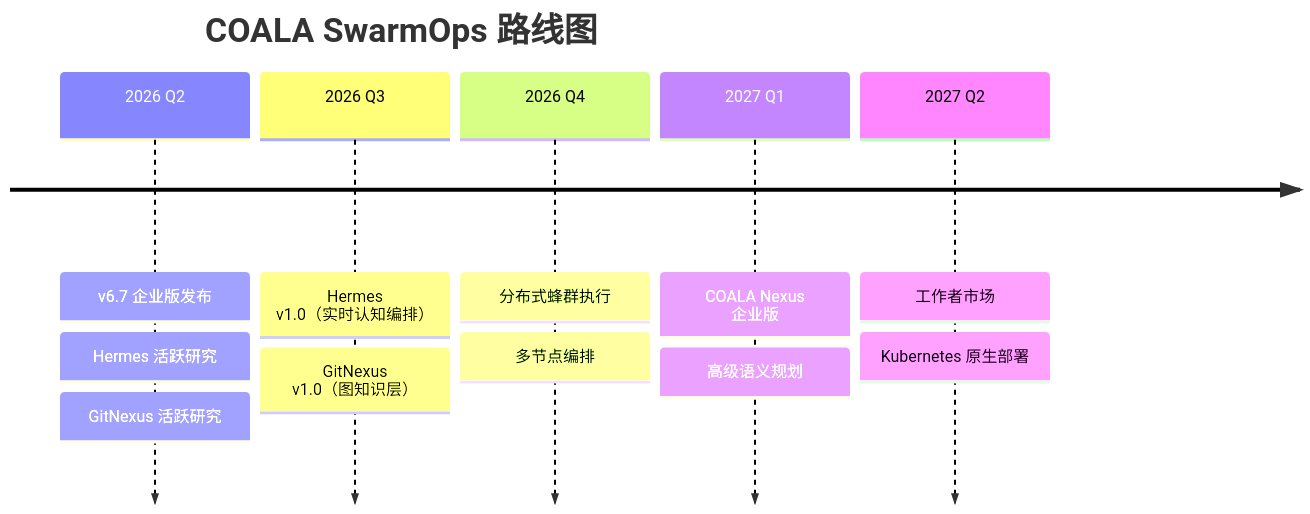
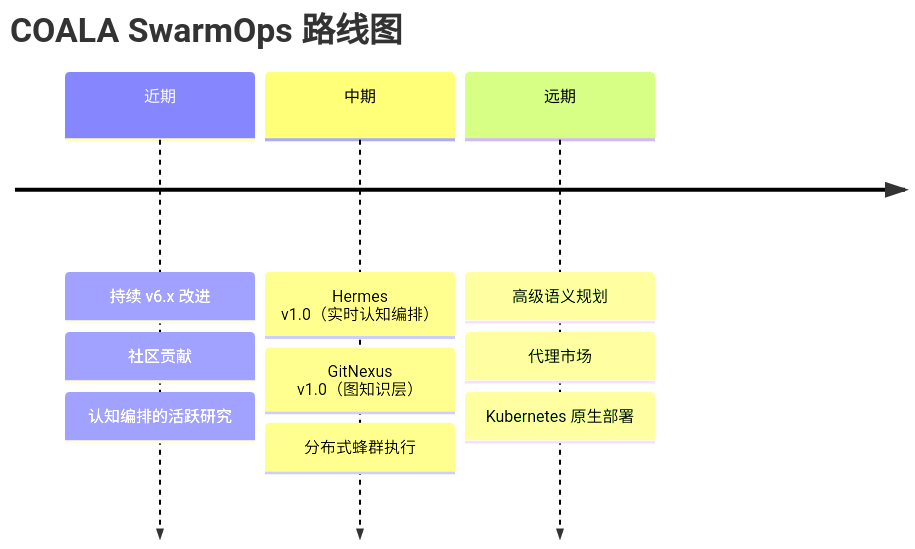
Before and after one commit to Aquilesnake/COALA-SwarmOps: the fifth of 6 diagrams in README_CN.md, drawn with Mermaid. The commit also changed other lines of this file and 6 other files, not shown here.

````diff
--- a/README_CN.md
+++ b/README_CN.md
@@ -386,15 +382,13 @@
 ```mermaid
 timeline
     title COALA SwarmOps 路线图
-    2026 Q2 : v6.7 企业版发布
-              : Hermes 活跃研究
-              : GitNexus 活跃研究
-    2026 Q3 : Hermes v1.0（实时认知编排）
-              : GitNexus v1.0（图知识层）
-    2026 Q4 : 分布式蜂群执行
-              : 多节点编排
-    2027 Q1 : COALA Nexus 企业版
-              : 高级语义规划
-    2027 Q2 : 工作者市场
-              : Kubernetes 原生部署
+    近期 : 持续 v6.x 改进
+           : 社区贡献
+           : 认知编排的活跃研究
+    中期  : Hermes v1.0（实时认知编排）
+            : GitNexus v1.0（图知识层）
+            : 分布式蜂群执行
+    远期  : 高级语义规划
+            : 代理市场
+            : Kubernetes 原生部署
 ```
````
